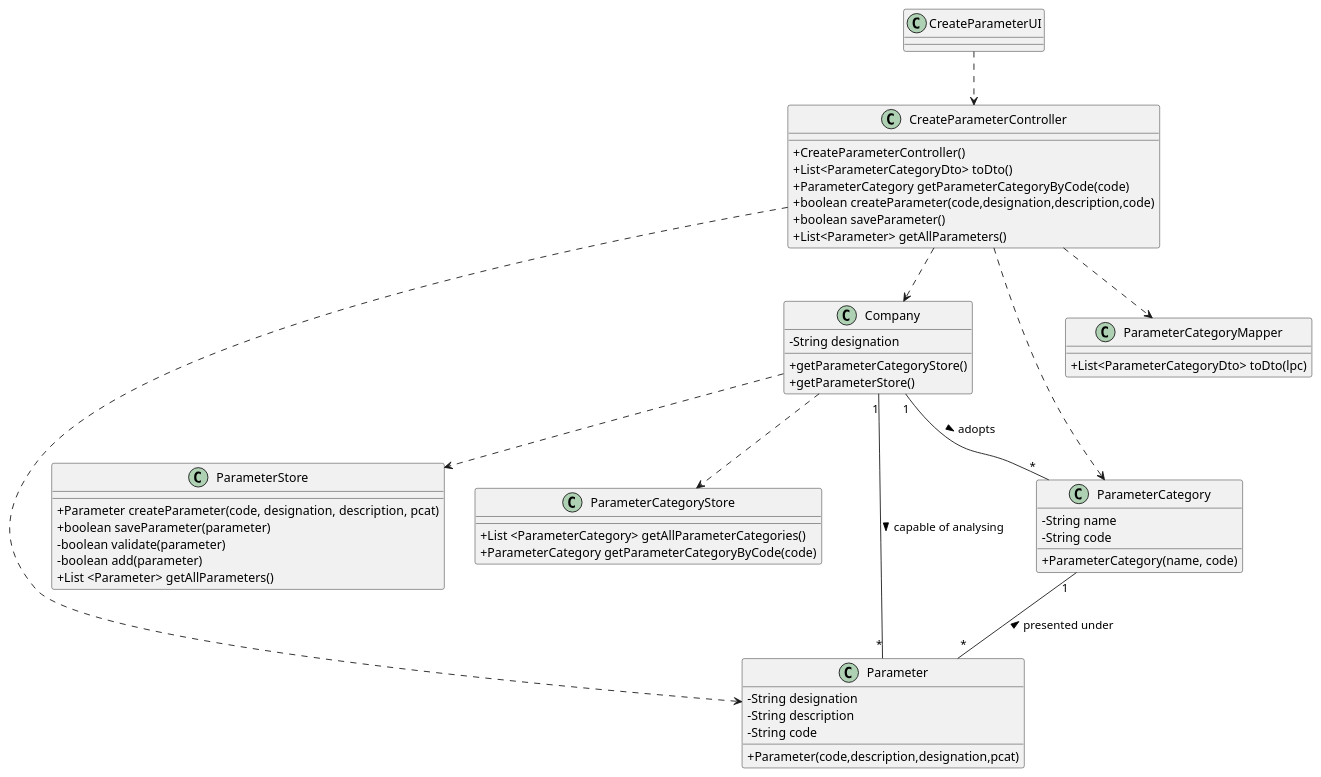
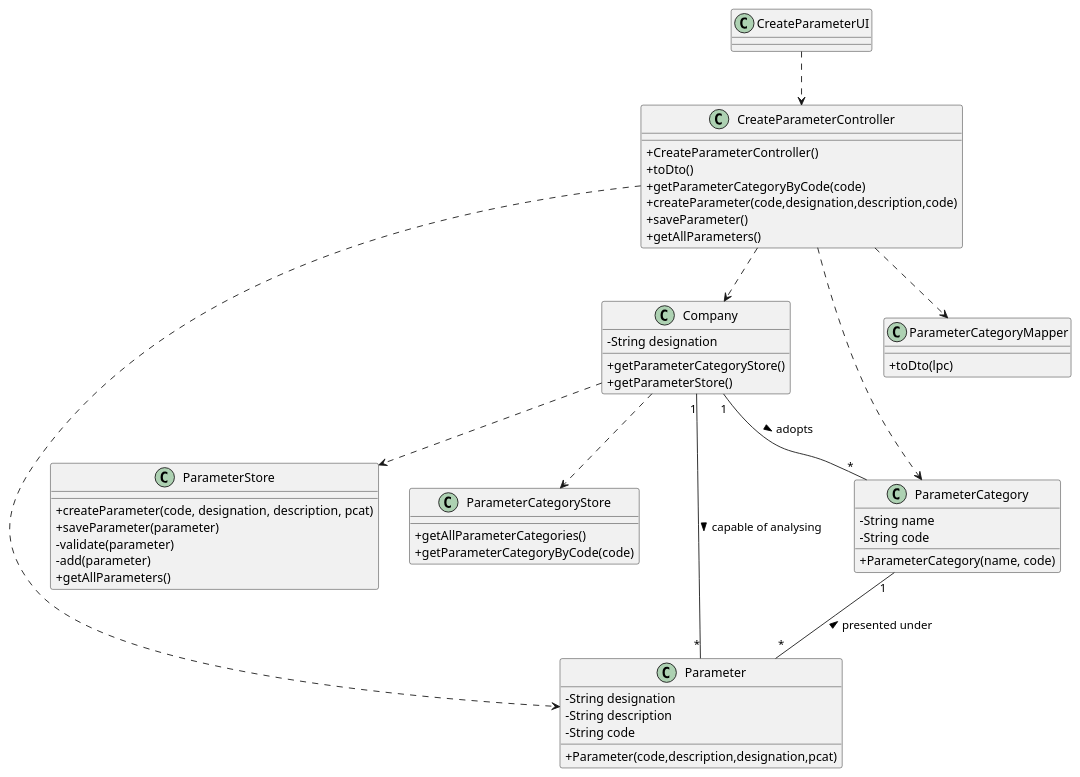
Before and after one commit to 0franciscor/lei-21-s2-1de-g19: the diagram in docs/SprintB/US10/US10-CD.puml, drawn with PlantUML. The commit also changed 3 other files, not shown here.

```diff
--- a/docs/SprintB/US10/US10-CD.puml
+++ b/docs/SprintB/US10/US10-CD.puml
@@ -1,71 +1,71 @@
 @startuml
 skinparam classAttributeIconSize 0
 
 
 class ParameterStore{
-  +Parameter createParameter(code, designation, description, pcat)
-  +boolean saveParameter(parameter)
-  -boolean validate(parameter)
-  -boolean add(parameter)
-  +List <Parameter> getAllParameters()
+  +createParameter(code, designation, description, pcat)
+  +saveParameter(parameter)
+  -validate(parameter)
+  -add(parameter)
+  +getAllParameters()
 }
 
 class ParameterCategoryStore{
-  +List <ParameterCategory> getAllParameterCategories()
-  +ParameterCategory getParameterCategoryByCode(code)
+  +getAllParameterCategories()
+  +getParameterCategoryByCode(code)
 }
 
 
 class Parameter {
   - String designation
   - String description
   - String code
   +Parameter(code,description,designation,pcat)
 }
 
 class Company {
   -String designation
   +getParameterCategoryStore()
   +getParameterStore()
 }
 
 class ParameterCategory {
   -String name
   -String code
   +ParameterCategory(name, code)
 }
 
 
 
 class ParameterCategoryMapper{
-  +List<ParameterCategoryDto> toDto(lpc)
+  +toDto(lpc)
 }
 
 
 class CreateParameterController {
   +CreateParameterController()
-  +List<ParameterCategoryDto> toDto()
-  +ParameterCategory getParameterCategoryByCode(code)
-  +boolean createParameter(code,designation,description,code)
-  +boolean saveParameter()
-  +List<Parameter> getAllParameters()
+  +toDto()
+  +getParameterCategoryByCode(code)
+  +createParameter(code,designation,description,code)
+  +saveParameter()
+  +getAllParameters()
 }
 
 class CreateParameterUI {
 }
 
 CreateParameterUI ..> CreateParameterController
 CreateParameterController ..> ParameterCategory
 CreateParameterController ..> ParameterCategoryMapper
 CreateParameterController ..> Parameter
 CreateParameterController ..> Company
 Company ..> ParameterStore
 Company ..> ParameterCategoryStore
 
 Company "1" -- "*" Parameter : > capable of analysing
 Company "1" -- "*" ParameterCategory : > adopts
 ParameterCategory "1" -- "*" Parameter : < presented under
 
 
 
 @enduml
```
